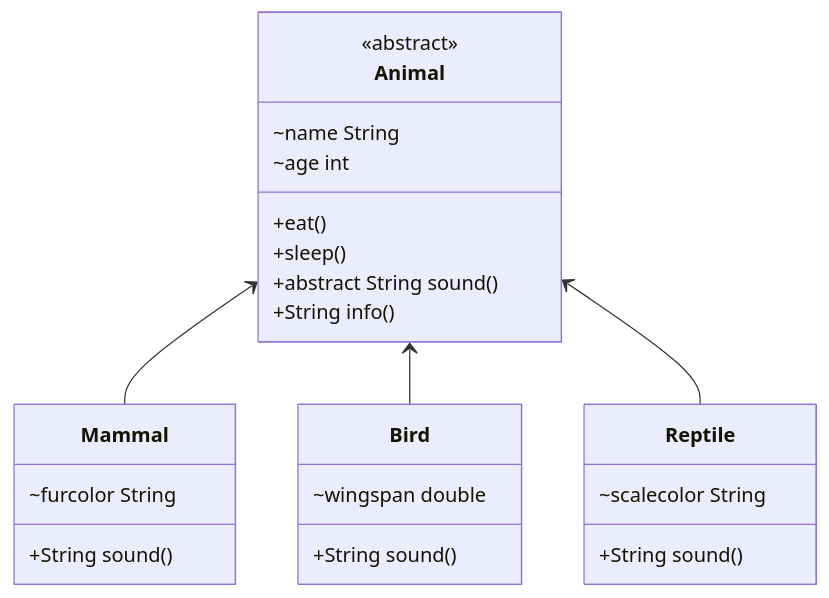
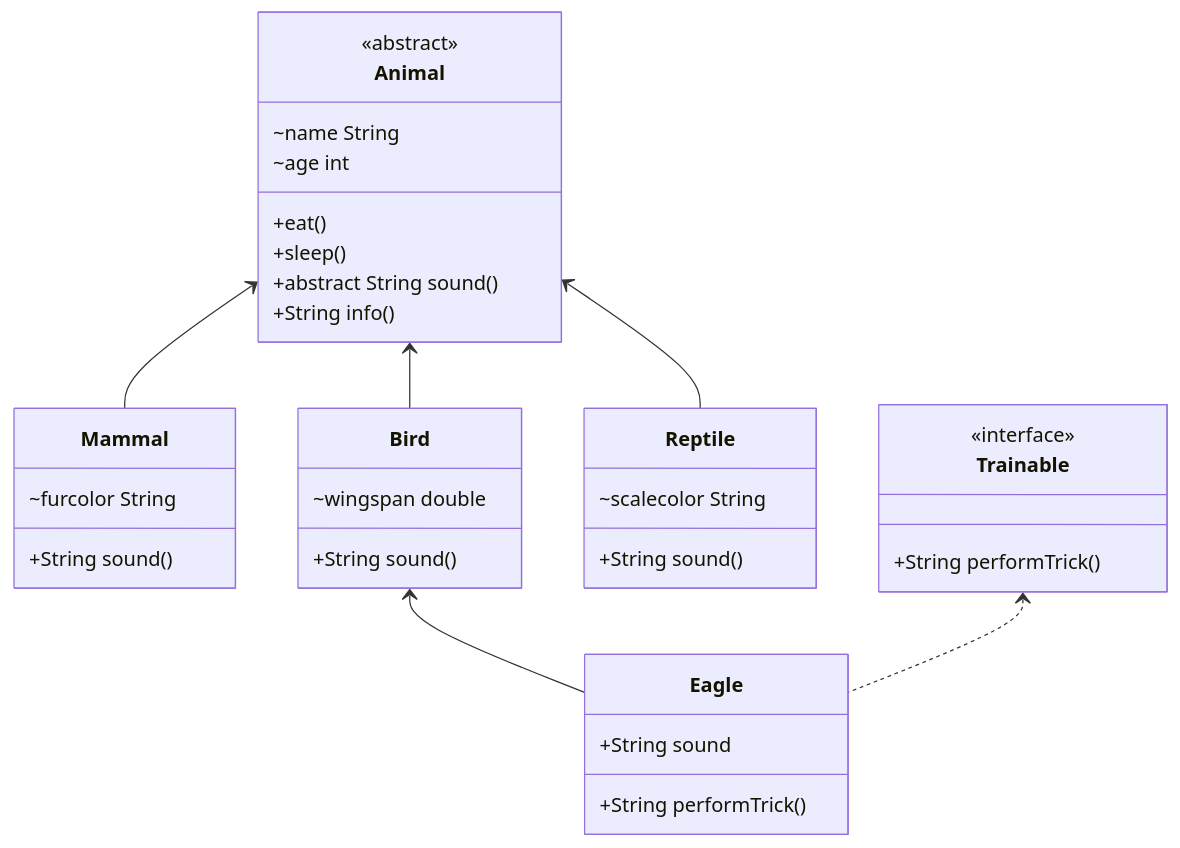
Before and after one commit to Blaz1q/Projekt-zoo: the diagram in README.md, drawn with Mermaid.

````diff
--- a/README.md
+++ b/README.md
@@ -44,27 +44,37 @@
 ```mermaid
 classDiagram
     class Animal {
         <<abstract>>
         ~name String
         ~age int
         +eat()
         +sleep()
         +abstract String sound()
         +String info()
     }
     class Mammal {
         ~furcolor String
         +String sound()
     }
     class Bird {
         ~wingspan double
         +String sound()
     }
     class Reptile{
         ~scalecolor String
         +String sound()
     }
+    class Trainable{
+        <<interface>>
+        +String performTrick()
+    }
+    class Eagle{
+        +String performTrick()
+        +String sound
+    }
     Animal<--Mammal
     Animal<--Bird
     Animal<--Reptile
+    Bird<--Eagle
+    Trainable<..Eagle
 ```
````
